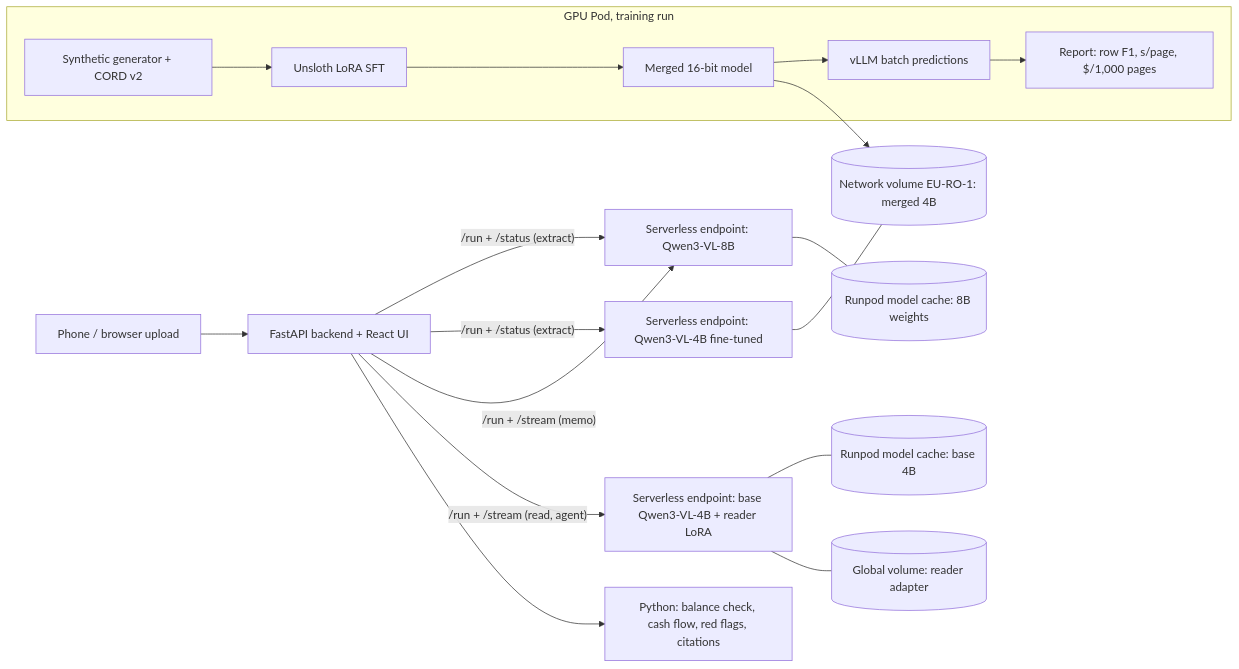
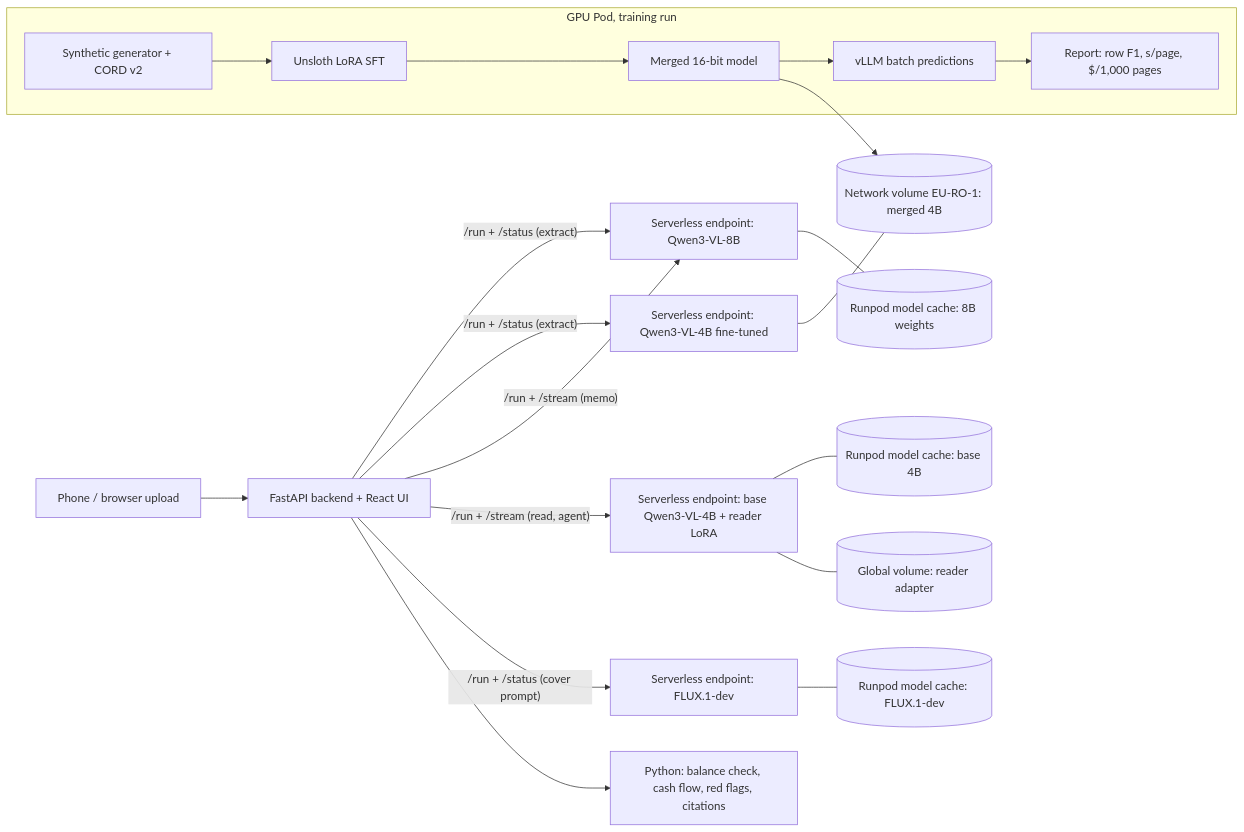
One commit to randyharrogates/runpod-ledgerlens changed the diagram in README.md. Above: the diagram before and after it, drawn with Mermaid. The commit also changed other lines of this file and 8 other files, not shown here.

First line of the commit message:
feat(image): FLUX cover endpoint live; app fixes from the live test; docs

````diff
--- a/README.md
+++ b/README.md
@@ -66,18 +73,20 @@
 ```mermaid
 flowchart LR
   phone["Phone / browser upload"] --> app["FastAPI backend + React UI"]
   app -- "/run + /status (extract)" --> ep8["Serverless endpoint: Qwen3-VL-8B"]
   app -- "/run + /status (extract)" --> epft["Serverless endpoint: Qwen3-VL-4B fine-tuned"]
   app -- "/run + /stream (memo)" --> ep8
   app -- "/run + /stream (read, agent)" --> epagent["Serverless endpoint: base Qwen3-VL-4B + reader LoRA"]
   epagent --- cache4[("Runpod model cache: base 4B")]
   epagent --- globalvol[("Global volume: reader adapter")]
   ep8 --- cache[("Runpod model cache: 8B weights")]
   epft --- vol[("Network volume EU-RO-1: merged 4B")]
+  app -- "/run + /status (cover prompt)" --> epimg["Serverless endpoint: FLUX.1-dev"]
+  epimg --- cacheimg[("Runpod model cache: FLUX.1-dev")]
   app --> rules["Python: balance check, cash flow, red flags, citations"]
   subgraph Pod["GPU Pod, training run"]
     gen["Synthetic generator + CORD v2"] --> sft["Unsloth LoRA SFT"] --> merged["Merged 16-bit model"]
     merged --> pred["vLLM batch predictions"] --> report["Report: row F1, s/page, $/1,000 pages"]
   end
   merged --> vol
 ```
````
